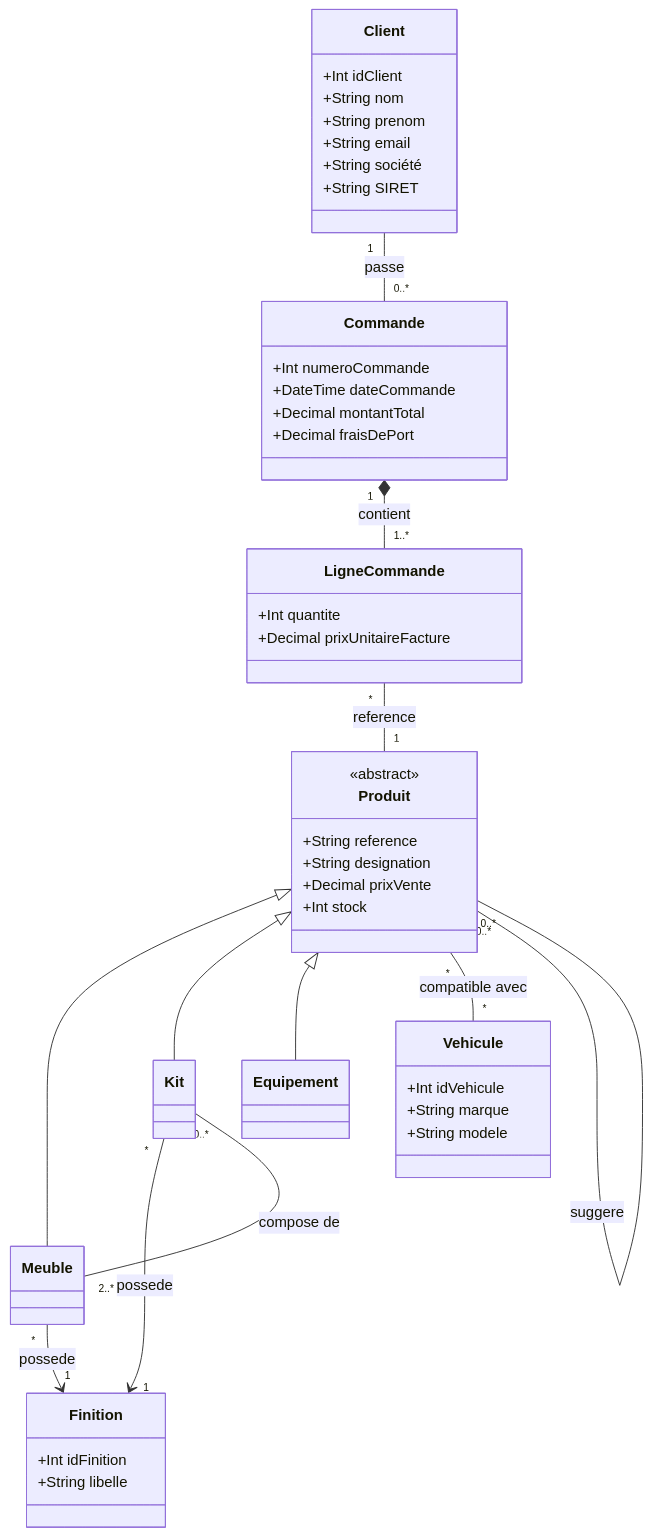
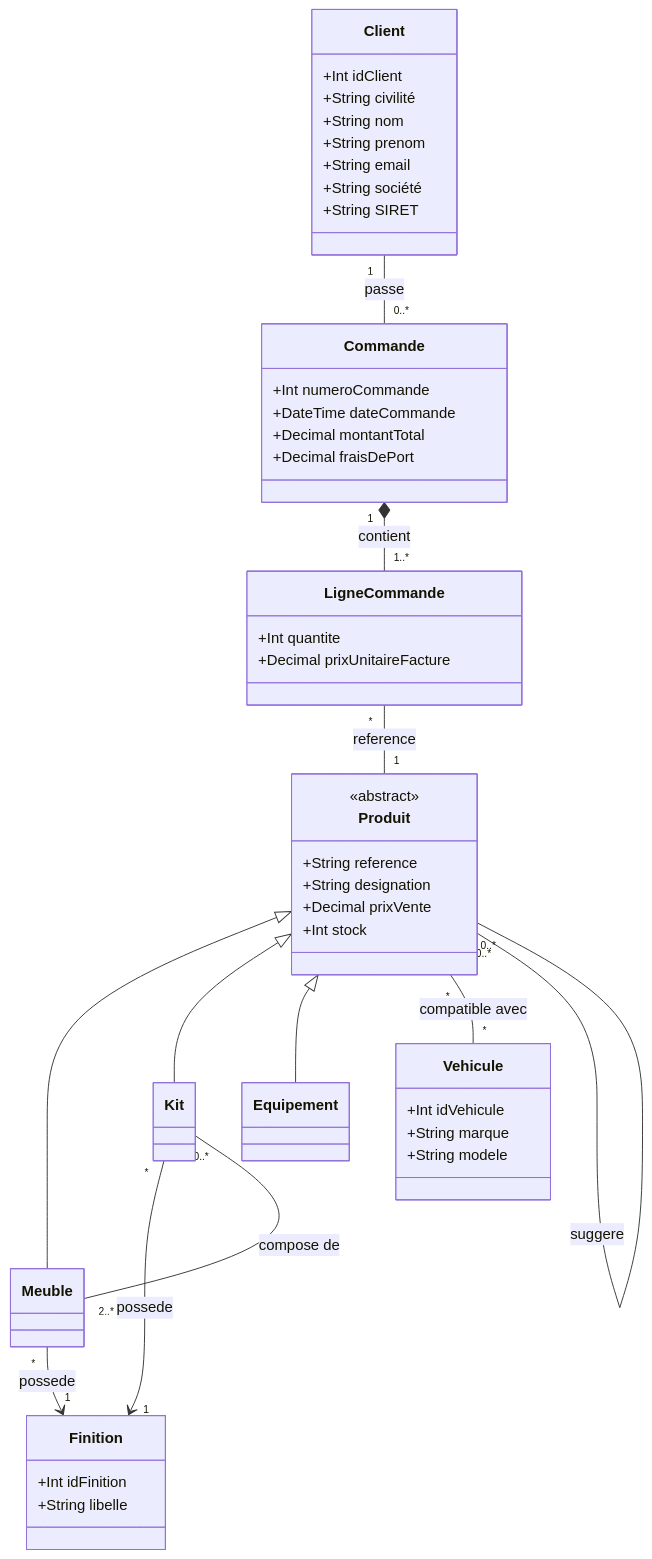
Before and after one commit to AlanFerronniere/EPSI_B2_20262027: the first of 2 diagrams in Conception Exploitation de BDD MSSQL/Exercice Héritage - Produits et Véhicules.md, drawn with Mermaid. The commit also changed other lines of this file, not shown here.

````diff
--- a/Conception Exploitation de BDD MSSQL/Exercice Héritage - Produits et Véhicules.md
+++ b/Conception Exploitation de BDD MSSQL/Exercice Héritage - Produits et Véhicules.md
@@ -36,79 +36,80 @@
 ```mermaid
 classDiagram
     direction TB
 
     class Produit {
         <<abstract>>
         +String reference
         +String designation
         +Decimal prixVente
         +Int stock
     }
 
     class Meuble {
         
     }
 
     class Kit {
         
     }
 
     class Equipement {
         
     }
 
     class Finition {
         +Int idFinition
         +String libelle
     }
 
     class Vehicule {
         +Int idVehicule
         +String marque
         +String modele
     }
 
     class Client {
         +Int idClient
+        +String civilité
         +String nom
         +String prenom
         +String email
         +String société
         +String SIRET
     }
 
     class Commande {
         +Int numeroCommande
         +DateTime dateCommande
         +Decimal montantTotal
         +Decimal fraisDePort
     }
 
     class LigneCommande {
         +Int quantite
         +Decimal prixUnitaireFacture
     }
 
     %% Héritage / Spécialisation
     Produit <|-- Meuble
     Produit <|-- Kit
     Produit <|-- Equipement
 
     %% Finitions
     Meuble "*" --> "1" Finition : possede
     Kit "*" --> "1" Finition : possede
 
     %% Composition Kit - Meuble
     Kit "0..*" -- "2..*" Meuble : compose de
 
     %% Compatibilité véhicules
     Produit "*" -- "*" Vehicule : compatible avec
 
     %% Suggestions réflexives
     Produit "0..*" -- "0..*" Produit : suggere
 
     %% Prise de commande
     Client "1" -- "0..*" Commande : passe
     Commande "1" *-- "1..*" LigneCommande : contient
     LigneCommande "*" -- "1" Produit : reference
 ```
````
